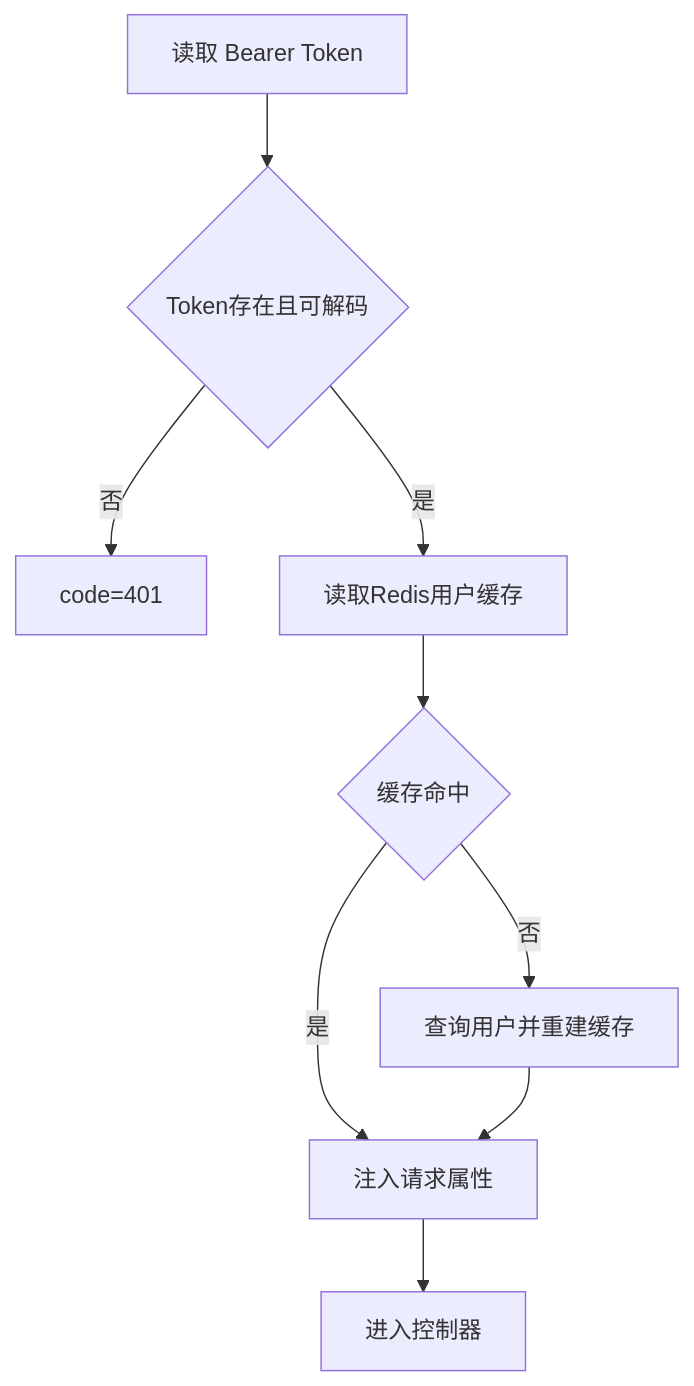
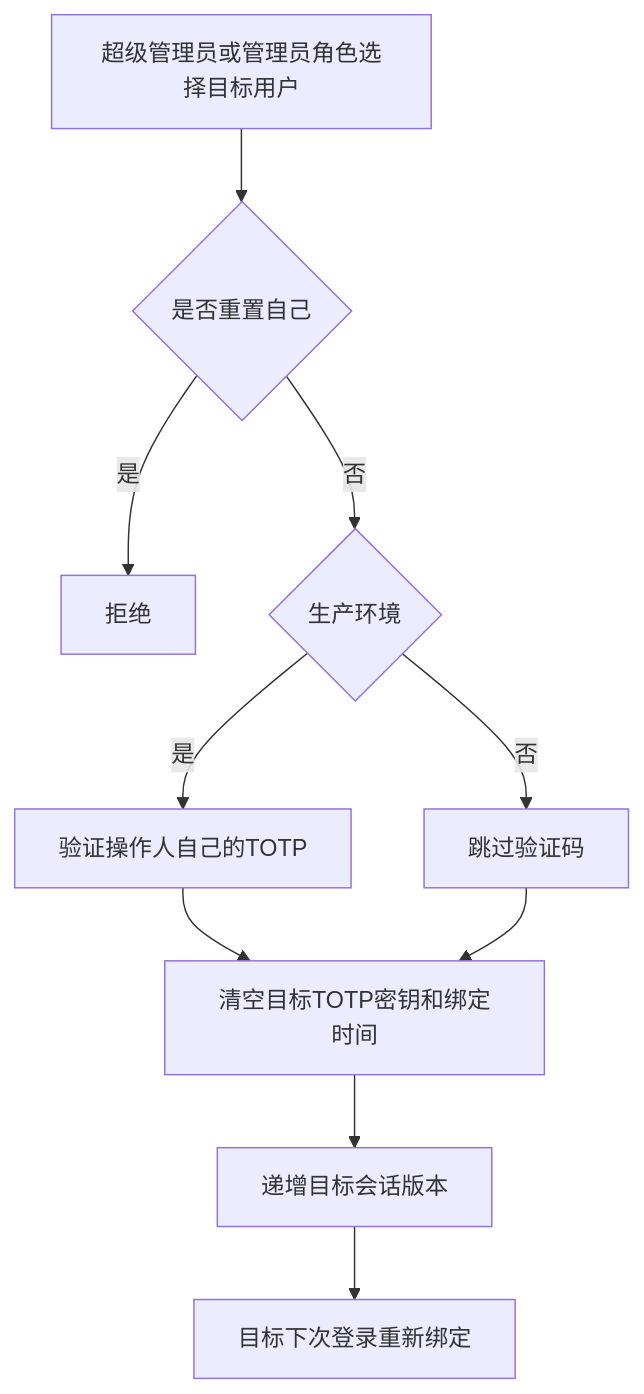
Before and after one commit to kongzhiao/tools-hyperf: the third of 4 diagrams in docs/系统用户管理/业务流程图解.md, drawn with Mermaid. The commit also changed other lines of this file and 106 other files, not shown here.

````diff
--- a/docs/系统用户管理/业务流程图解.md
+++ b/docs/系统用户管理/业务流程图解.md
@@ -47,11 +42,12 @@
 ```mermaid
 flowchart TD
-    A["读取 Bearer Token"] --> B{"Token存在且可解码"}
-    B -- "否" --> C["code=401"]
-    B -- "是" --> D["读取Redis用户缓存"]
-    D --> E{"缓存命中"}
-    E -- "否" --> F["查询用户并重建缓存"]
-    E -- "是" --> G["注入请求属性"]
+    A["超级管理员或管理员角色选择目标用户"] --> B{"是否重置自己"}
+    B -- "是" --> C["拒绝"]
+    B -- "否" --> D{"生产环境"}
+    D -- "是" --> E["验证操作人自己的TOTP"]
+    D -- "否" --> F["跳过验证码"]
+    E --> G["清空目标TOTP密钥和绑定时间"]
     F --> G
-    G --> H["进入控制器"]
+    G --> H["递增目标会话版本"]
+    H --> I["目标下次登录重新绑定"]
 ```
````
